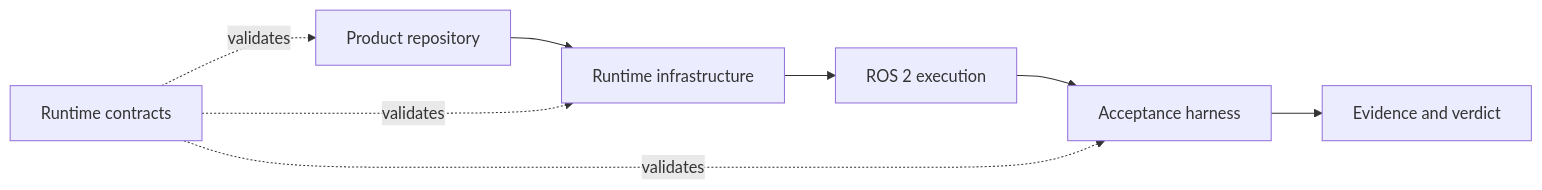
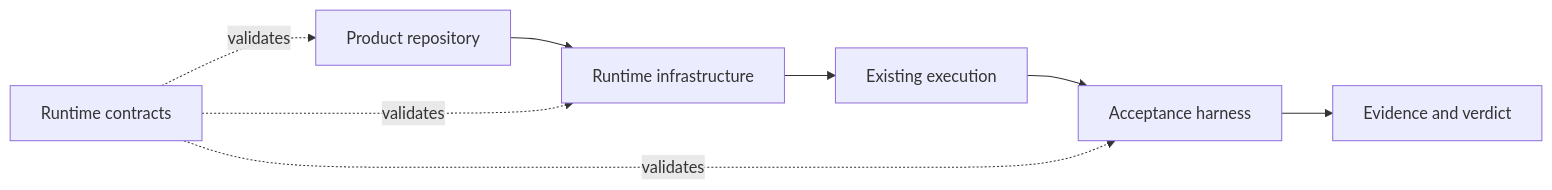
One commit to mmkolpakov/robotics-runtime changed the diagram in packages/contracts/README.md. Above: the diagram before and after it, drawn with Mermaid. The commit also changed other lines of this file and 7 other files, not shown here.

````diff
--- a/packages/contracts/README.md
+++ b/packages/contracts/README.md
@@ -15,10 +15,10 @@
 ```mermaid
 flowchart LR
     product["Product repository"] --> infra["Runtime infrastructure"]
-    infra --> execution["ROS 2 execution"]
+    infra --> execution["Existing execution"]
     execution --> harness["Acceptance harness"]
     harness --> evidence["Evidence and verdict"]
     contracts["Runtime contracts"] -. validates .-> product
     contracts -. validates .-> infra
     contracts -. validates .-> harness
 ```
````
